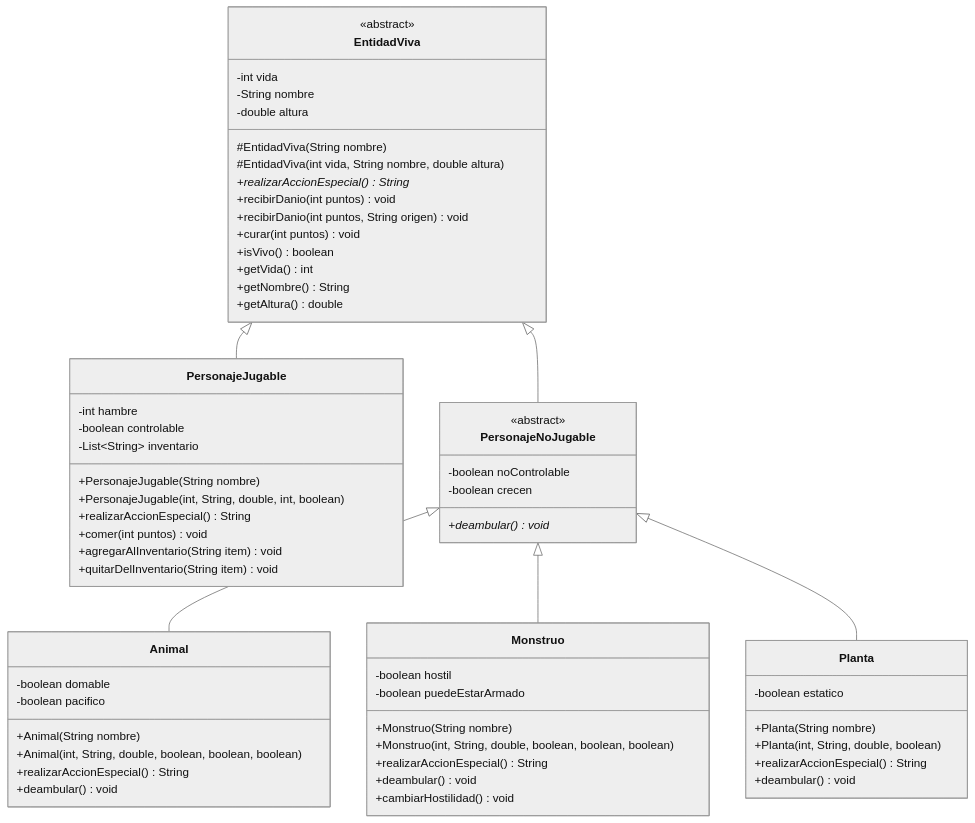
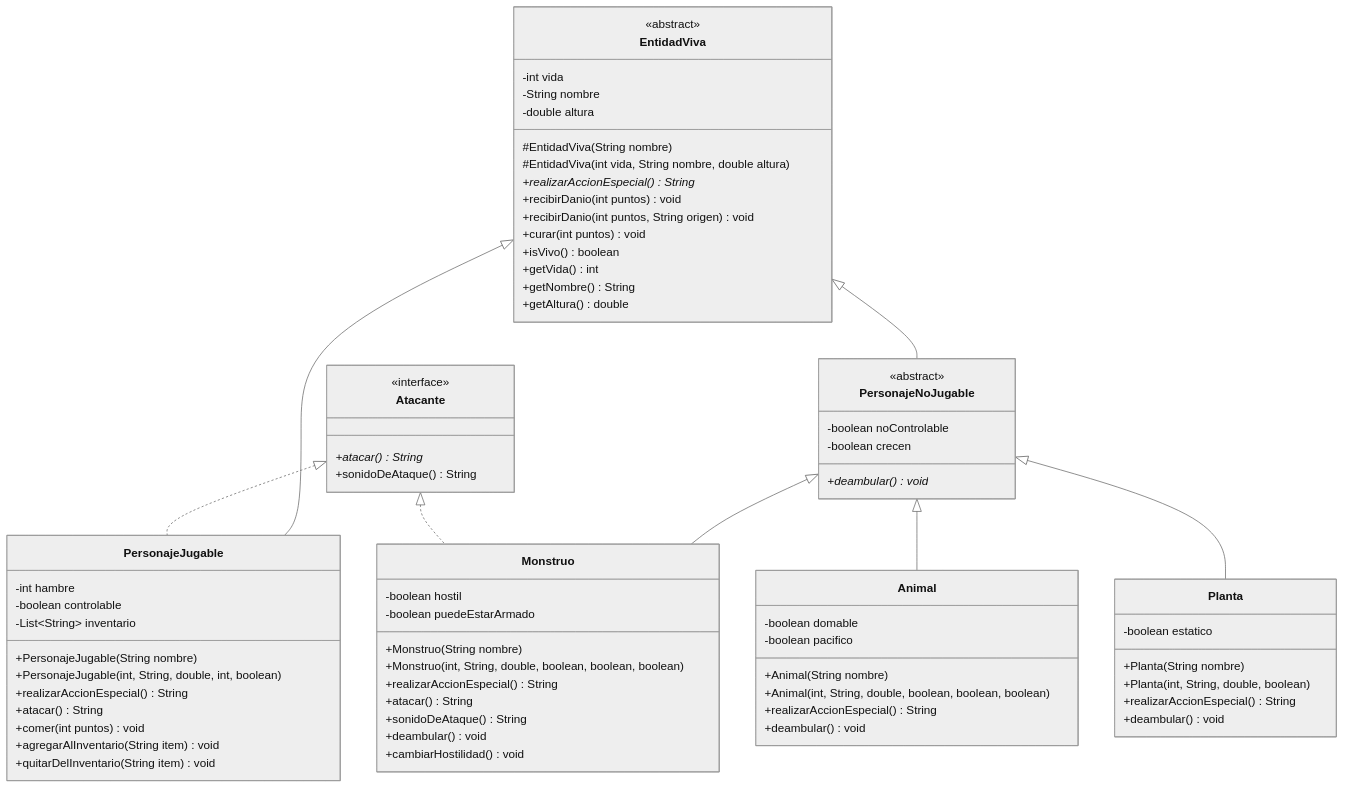
Before and after one commit to Adrian-312/avera-tplp3-2026: the diagram in README.md, drawn with Mermaid (neutral theme). The commit also changed other lines of this file and 5 other files, not shown here.

Commit message:
Crear la clase Atacante.java con la funcion abstracta atacar() que se aplica en Monstruo.java, PersonaJugable.java y actualizar el GET, README.md y la BITACORA.md

````diff
--- a/README.md
+++ b/README.md
@@ -3,65 +3,75 @@
 ```mermaid
 classDiagram
     class EntidadViva {
         <<abstract>>
         -int vida
         -String nombre
         -double altura
         #EntidadViva(String nombre)
         #EntidadViva(int vida, String nombre, double altura)
         +realizarAccionEspecial()* String
         +recibirDanio(int puntos) void
         +recibirDanio(int puntos, String origen) void
         +curar(int puntos) void
         +isVivo() boolean
         +getVida() int
         +getNombre() String
         +getAltura() double
     }
+    class Atacante {
+        <<interface>>
+        +atacar()* String
+        +sonidoDeAtaque() String
+    }
     class PersonajeJugable {
         -int hambre
         -boolean controlable
         -List~String~ inventario
         +PersonajeJugable(String nombre)
         +PersonajeJugable(int, String, double, int, boolean)
         +realizarAccionEspecial() String
+        +atacar() String
         +comer(int puntos) void
         +agregarAlInventario(String item) void
         +quitarDelInventario(String item) void
     }
     class PersonajeNoJugable {
         <<abstract>>
         -boolean noControlable
         -boolean crecen
         +deambular()* void
     }
     class Animal {
         -boolean domable
         -boolean pacifico
         +Animal(String nombre)
         +Animal(int, String, double, boolean, boolean, boolean)
         +realizarAccionEspecial() String
         +deambular() void
     }
     class Monstruo {
         -boolean hostil
         -boolean puedeEstarArmado
         +Monstruo(String nombre)
         +Monstruo(int, String, double, boolean, boolean, boolean)
         +realizarAccionEspecial() String
+        +atacar() String
+        +sonidoDeAtaque() String
         +deambular() void
         +cambiarHostilidad() void
     }
     class Planta {
         -boolean estatico
         +Planta(String nombre)
         +Planta(int, String, double, boolean)
         +realizarAccionEspecial() String
         +deambular() void
     }
     EntidadViva <|-- PersonajeJugable
     EntidadViva <|-- PersonajeNoJugable
     PersonajeNoJugable <|-- Animal
     PersonajeNoJugable <|-- Monstruo
     PersonajeNoJugable <|-- Planta
+    Atacante <|.. PersonajeJugable
+    Atacante <|.. Monstruo
 ```
````
